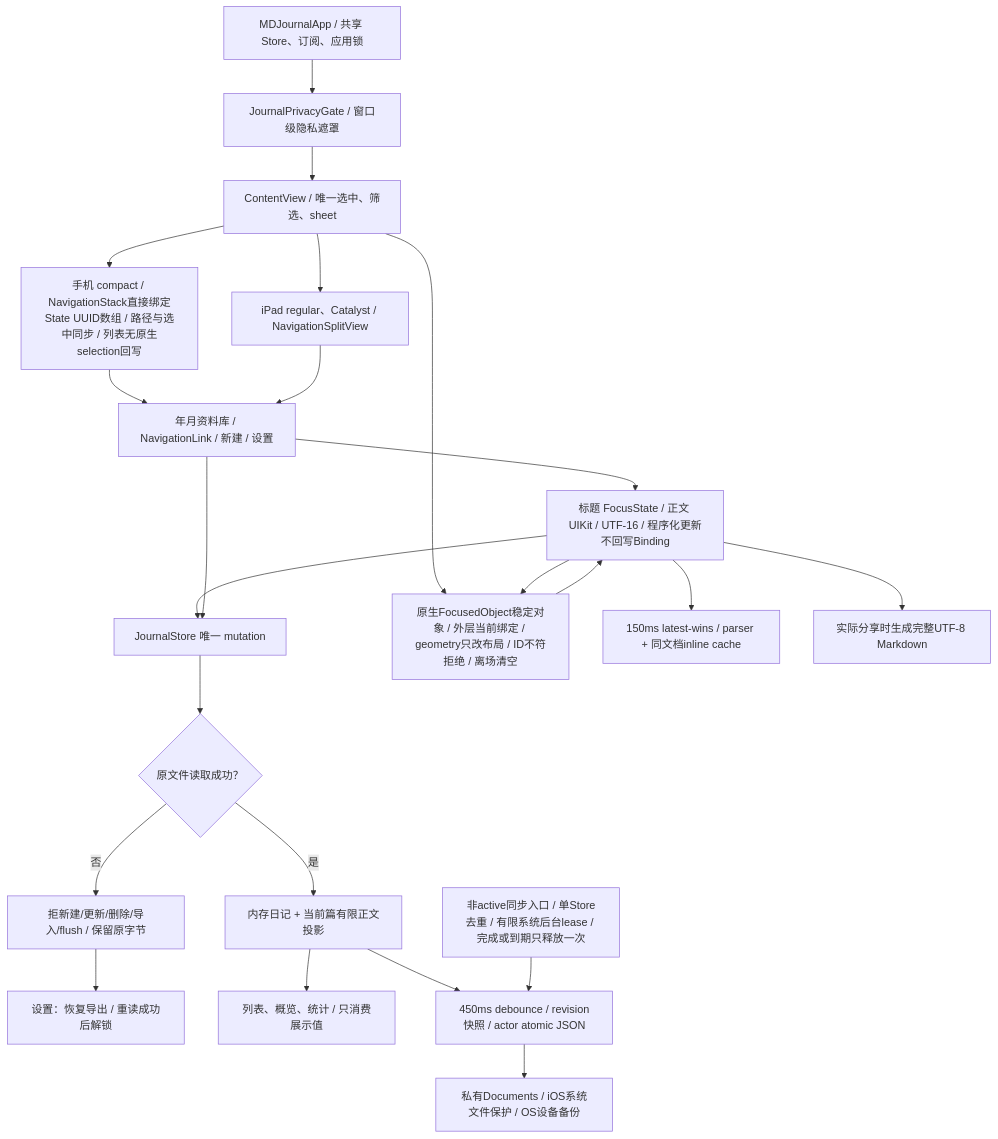
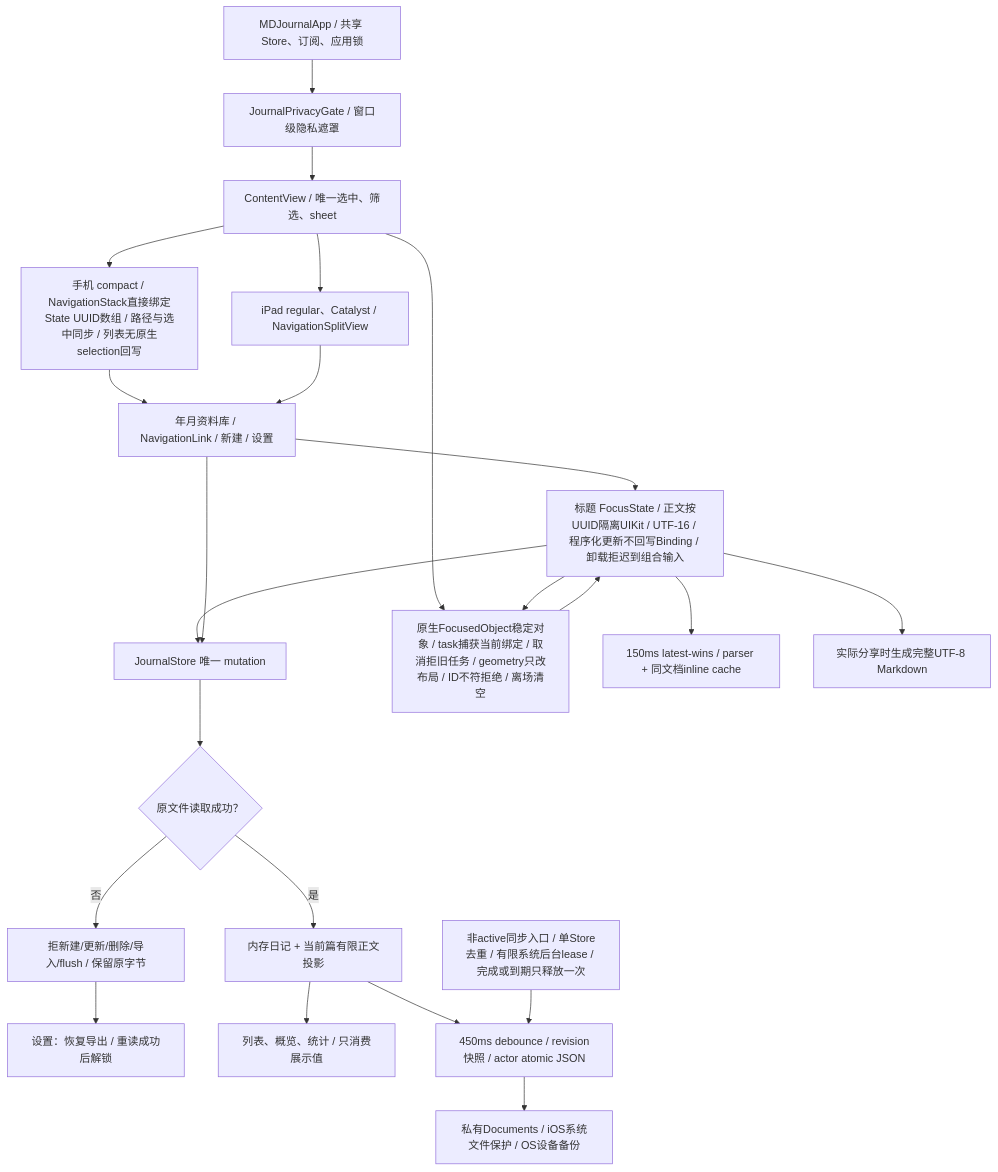
One commit to Altman-sam114/117 changed the first of 4 diagrams in md/flow/flowchart.md. Above: the diagram before and after it, drawn with Mermaid. The commit also changed other lines of this file and 10 other files, not shown here.

````diff
--- a/md/flow/flowchart.md
+++ b/md/flow/flowchart.md
@@ -5,25 +5,25 @@
 ```mermaid
 flowchart TD
   App["MDJournalApp / 共享 Store、订阅、应用锁"] --> Gate["JournalPrivacyGate / 窗口级隐私遮罩"]
   Gate --> Content["ContentView / 唯一选中、筛选、sheet"]
   Content --> Compact["手机 compact / NavigationStack直接绑定State UUID数组 / 路径与选中同步 / 列表无原生selection回写"]
   Content --> Regular["iPad regular、Catalyst / NavigationSplitView"]
   Compact --> Library["年月资料库 / NavigationLink / 新建 / 设置"]
   Regular --> Library
-  Library --> Editor["标题 FocusState / 正文 UIKit / UTF-16 / 程序化更新不回写Binding"]
+  Library --> Editor["标题 FocusState / 正文按UUID隔离UIKit / UTF-16 / 程序化更新不回写Binding / 卸载拒迟到组合输入"]
   Editor --> Mutation["JournalStore 唯一 mutation"]
   Library --> Mutation
   Mutation --> Health{"原文件读取成功？"}
   Health -- "否" --> Protect["拒新建/更新/删除/导入/flush / 保留原字节"]
   Protect --> Recovery["设置：恢复导出 / 重读成功后解锁"]
   Health -- "是" --> State["内存日记 + 当前篇有限正文投影"]
   State --> ListStats["列表、概览、统计 / 只消费展示值"]
   State --> Save["450ms debounce / revision快照 / actor atomic JSON"]
   Save --> File["私有Documents / iOS系统文件保护 / OS设备备份"]
   BackgroundSave["非active同步入口 / 单Store去重 / 有限系统后台lease / 完成或到期只释放一次"] --> Save
-  Content --> Commands["原生FocusedObject稳定对象 / 外层当前绑定 / geometry只改布局 / ID不符拒绝 / 离场清空"]
+  Content --> Commands["原生FocusedObject稳定对象 / task捕获当前绑定 / 取消拒旧任务 / geometry只改布局 / ID不符拒绝 / 离场清空"]
   Editor --> Commands
   Commands --> Editor
   Editor --> Preview["150ms latest-wins / parser + 同文档inline cache"]
   Editor --> Share["实际分享时生成完整UTF-8 Markdown"]
 ```
````
